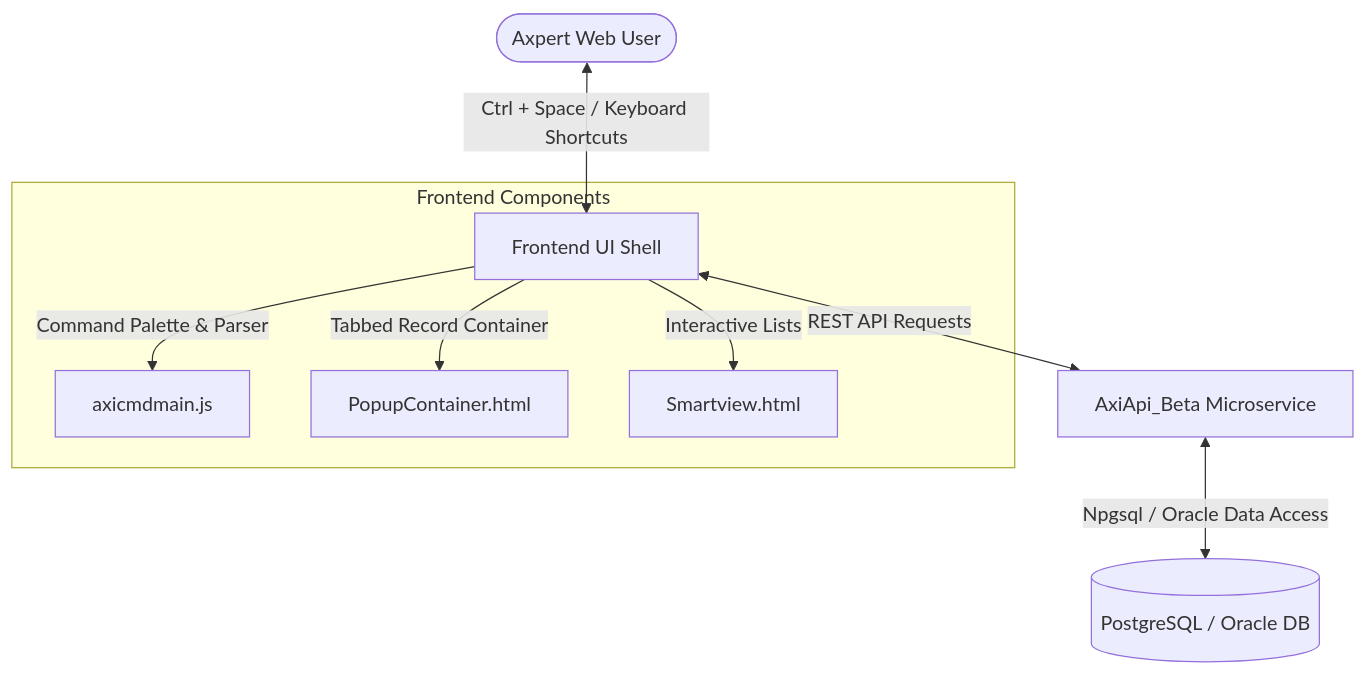
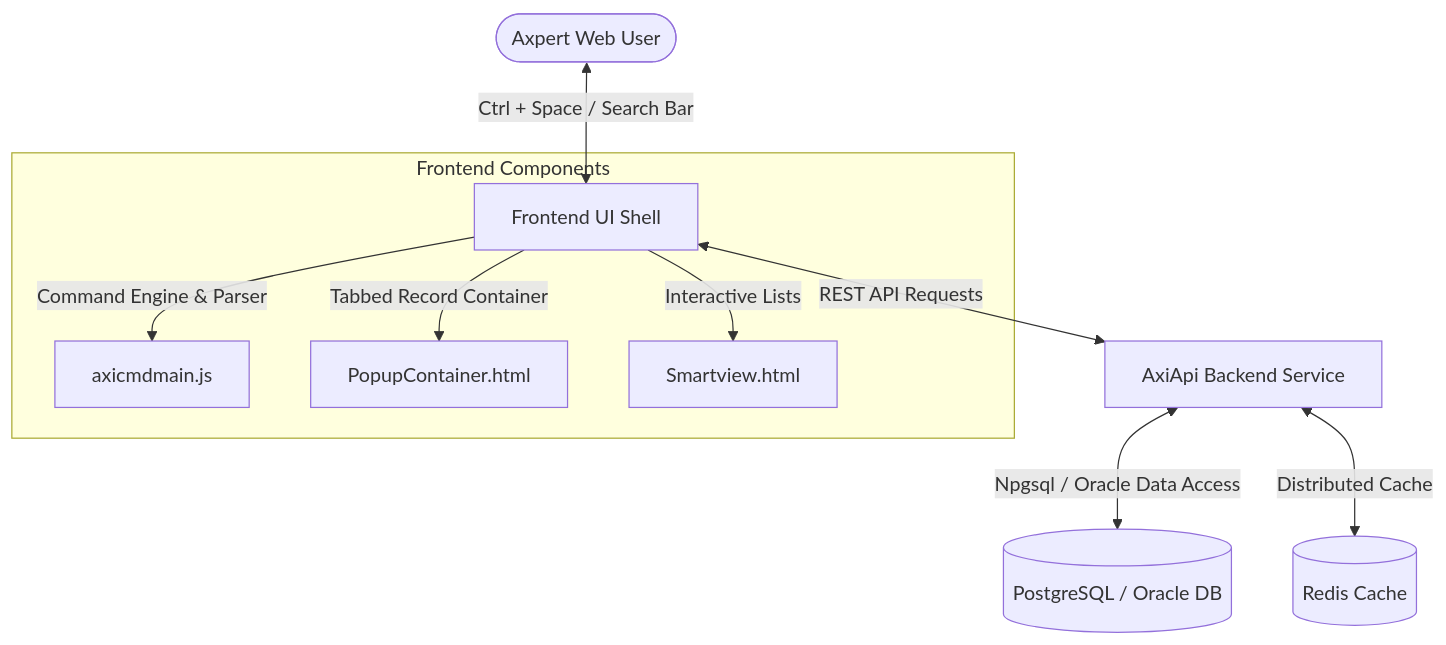
One commit to nexoviacore/Axi-CMD changed the first of 2 diagrams in AxpertPlugins/Axi_Beta/README.md. Above: the diagram before and after it, drawn with Mermaid. The commit also changed other lines of this file and 1 other file, not shown here.

Commit message:
feat(README): update AxiApi and Axi_Beta documentation for keyfield configuration and architecture improvements

````diff
--- a/AxpertPlugins/Axi_Beta/README.md
+++ b/AxpertPlugins/Axi_Beta/README.md
@@ -15,12 +15,13 @@
 ```mermaid
 graph TD
-    User([Axpert Web User]) <-->|Ctrl + Space / Keyboard Shortcuts| Frontend[Frontend UI Shell]
-    Frontend <-->|REST API Requests| Backend[AxiApi_Beta Microservice]
+    User([Axpert Web User]) <-->|Ctrl + Space / Search Bar| Frontend[Frontend UI Shell]
+    Frontend <-->|REST API Requests| Backend[AxiApi Backend Service]
     Backend <-->|Npgsql / Oracle Data Access| DB[(PostgreSQL / Oracle DB)]
+    Backend <-->|Distributed Cache| Redis[(Redis Cache)]
 
     subgraph Frontend Components
-        Frontend -->|Command Palette & Parser| Main[axicmdmain.js]
+        Frontend -->|Command Engine & Parser| Main[axicmdmain.js]
         Frontend -->|Tabbed Record Container| Popup[PopupContainer.html]
         Frontend -->|Interactive Lists| Smart[Smartview.html]
     end
 ```
````
